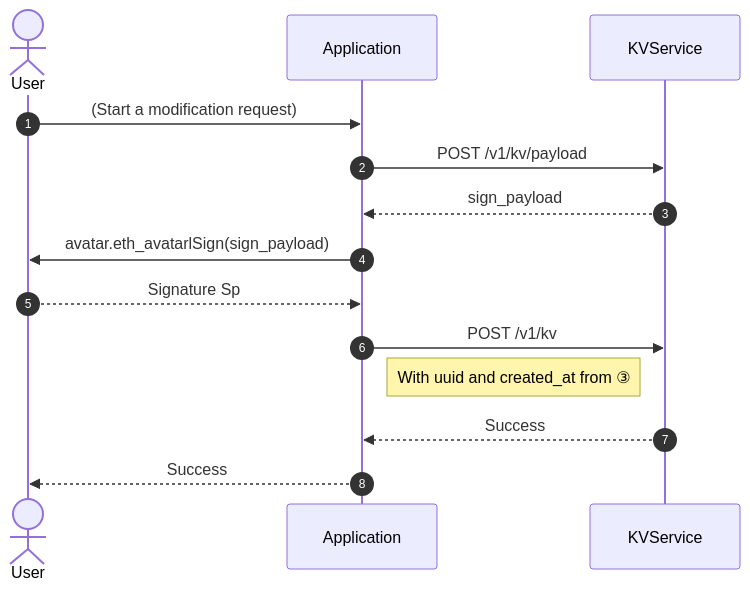
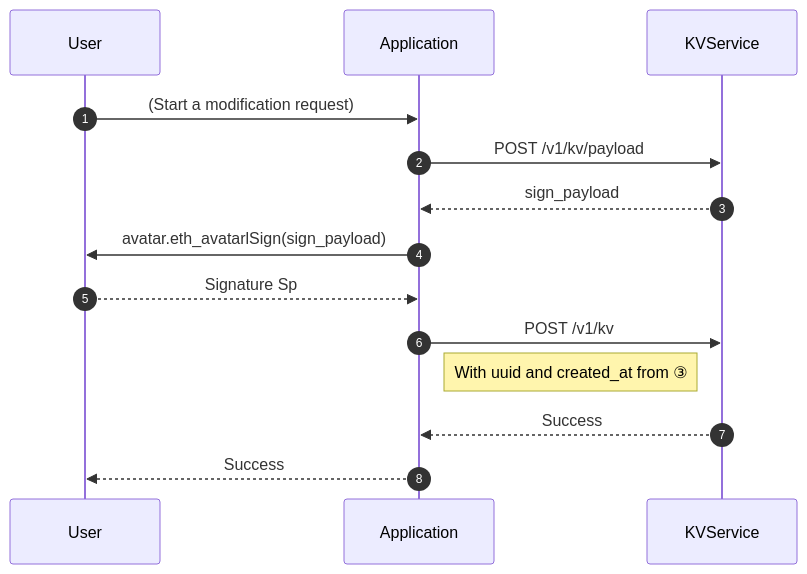
One commit to NextDotID/docs changed the diagram in docs/kv-service/intro.md. Above: the diagram before and after it, drawn with Mermaid.

Commit message:
[!!] kv-service/intro: workflow

````diff
--- a/docs/kv-service/intro.md
+++ b/docs/kv-service/intro.md
@@ -77,17 +77,14 @@
 ```mermaid
+
 sequenceDiagram
     autonumber
-    actor User
-    participant A as Application
-    participant KS as KVService
-
-    User ->> A : (Start a modification request)
-    A ->> KS : POST /v1/kv/payload
-    KS -->> A : sign_payload
-    A ->> User : avatar.eth_avatarlSign(sign_payload)
-    User -->> A : Signature Sp
-    A ->> KS : POST /v1/kv
-    note right of A : With uuid and created_at from ③
-    KS -->> A : Success
-    A -->> User : Success
+    User ->> Application : (Start a modification request)
+    Application ->> KVService : POST /v1/kv/payload
+    KVService -->> Application : sign_payload
+    Application ->> User : avatar.eth_avatarlSign(sign_payload)
+    User -->> Application : Signature Sp
+    Application ->> KVService : POST /v1/kv
+    note right of Application : With uuid and created_at from ③
+    KVService -->> Application : Success
+    Application -->> User : Success
 ```
````
